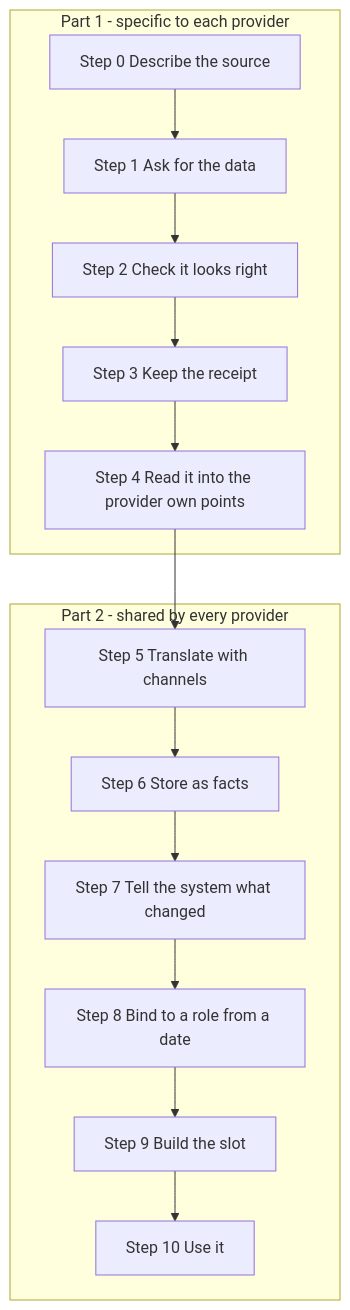
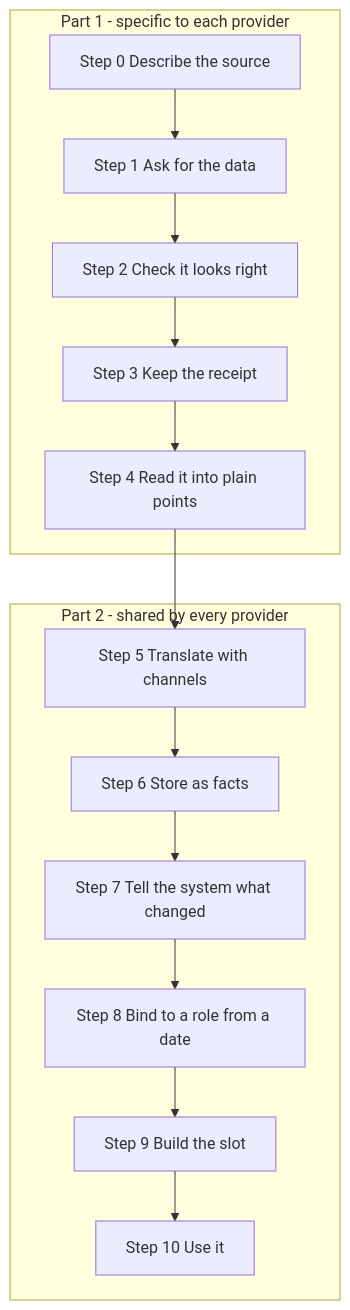
One commit to sshahriazz/energiebee-core-prototype changed the first of 3 diagrams in docs/provider-to-slot-guide.md. Above: the diagram before and after it, drawn with Mermaid. The commit also changed other lines of this file and 19 other files, not shown here.

Commit message:
Docs: diagrams embedded as PNG images (rendered with Mermaid 12.2 in Chrome) with the Mermaid source kept below each

````diff
--- a/docs/provider-to-slot-guide.md
+++ b/docs/provider-to-slot-guide.md
@@ -20,30 +25,30 @@
 ```mermaid
 flowchart TB
   subgraph SPECIFIC["Part 1 - specific to each provider"]
     A["Step 0 Describe the source"]
     B["Step 1 Ask for the data"]
     C["Step 2 Check it looks right"]
     D["Step 3 Keep the receipt"]
-    E["Step 4 Read it into the provider own points"]
+    E["Step 4 Read it into plain points"]
   end
 
   subgraph SHARED["Part 2 - shared by every provider"]
     F["Step 5 Translate with channels"]
     G["Step 6 Store as facts"]
     H["Step 7 Tell the system what changed"]
     I["Step 8 Bind to a role from a date"]
     J["Step 9 Build the slot"]
     K["Step 10 Use it"]
   end
 
   A --> B
   B --> C
   C --> D
   D --> E
   E --> F
   F --> G
   G --> H
   H --> I
   I --> J
   J --> K
 ```
````
